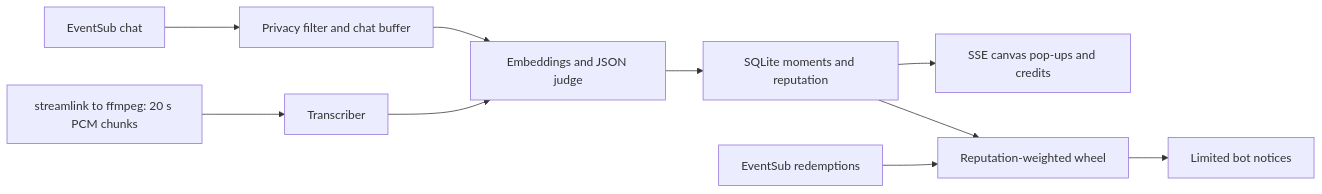
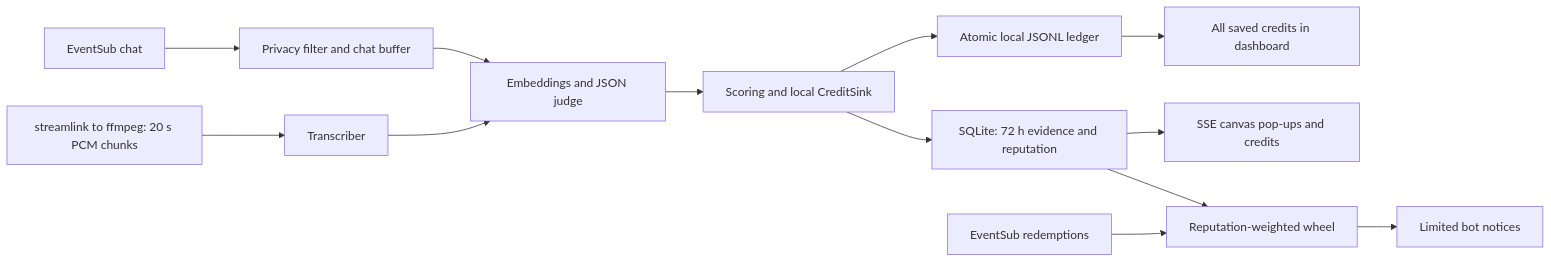
The diagram in README.md (0xultravioleta/credits-roll), drawn with Mermaid before and after one commit. The commit also changed other lines of this file and 11 other files, not shown here.

Commit message:
test: verify durable credits and dashboard controls in fresh clones

````diff
--- a/README.md
+++ b/README.md
@@ -72,12 +74,15 @@
 ```mermaid
 flowchart LR
   C[EventSub chat] --> P[Privacy filter and chat buffer]
   A[streamlink to ffmpeg: 20 s PCM chunks] --> T[Transcriber]
   P --> M[Embeddings and JSON judge]
   T --> M
-  M --> S[SQLite moments and reputation]
-  S --> O[SSE canvas pop-ups and credits]
-  S --> W[Reputation-weighted wheel]
+  M --> S[Scoring and local CreditSink]
+  S --> L[Atomic local JSONL ledger]
+  L --> D[All saved credits in dashboard]
+  S --> Q[SQLite: 72 h evidence and reputation]
+  Q --> O[SSE canvas pop-ups and credits]
+  Q --> W[Reputation-weighted wheel]
   R[EventSub redemptions] --> W
   W --> B[Limited bot notices]
 ```
````
